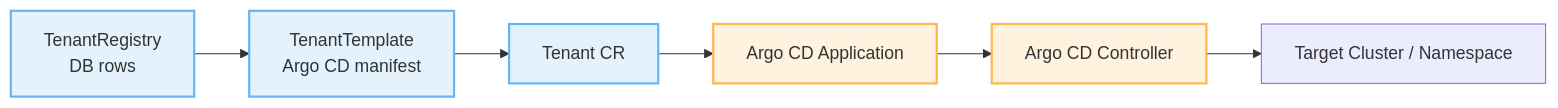
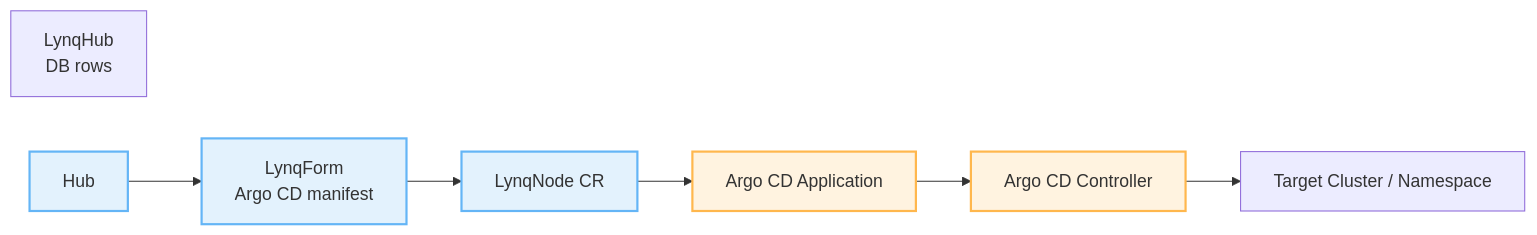
Before and after one commit to kubernetes-tenants/tenant-operator: the first of 3 diagrams in docs/integration-argocd.md, drawn with Mermaid. The commit also changed other lines of this file and 203 other files, not shown here.

First line of the commit message:
feat!: Complete terminology migration from tenant-operator to Lynq

````diff
--- a/docs/integration-argocd.md
+++ b/docs/integration-argocd.md
@@ -11,16 +11,16 @@
 ```mermaid
 flowchart LR
-    Registry["TenantRegistry<br/>DB rows"]
-    Template["TenantTemplate<br/>Argo CD manifest"]
-    Tenant["Tenant CR"]
+    Registry["LynqHub<br/>DB rows"]
+    Template["LynqForm<br/>Argo CD manifest"]
+    Node["LynqNode CR"]
     ArgoApp["Argo CD Application"]
     ArgoCD["Argo CD Controller"]
     Targets["Target Cluster / Namespace"]
 
-    Registry --> Template --> Tenant --> ArgoApp --> ArgoCD --> Targets
+    Hub --> Template --> Node --> ArgoApp --> ArgoCD --> Targets
 
     classDef control fill:#e3f2fd,stroke:#64b5f6,stroke-width:2px;
     classDef argocd fill:#fff3e0,stroke:#ffb74d,stroke-width:2px;
-    class Registry,Template,Tenant control;
+    class Hub,Template,Node control;
     class ArgoApp,ArgoCD argocd;
 ```
````
